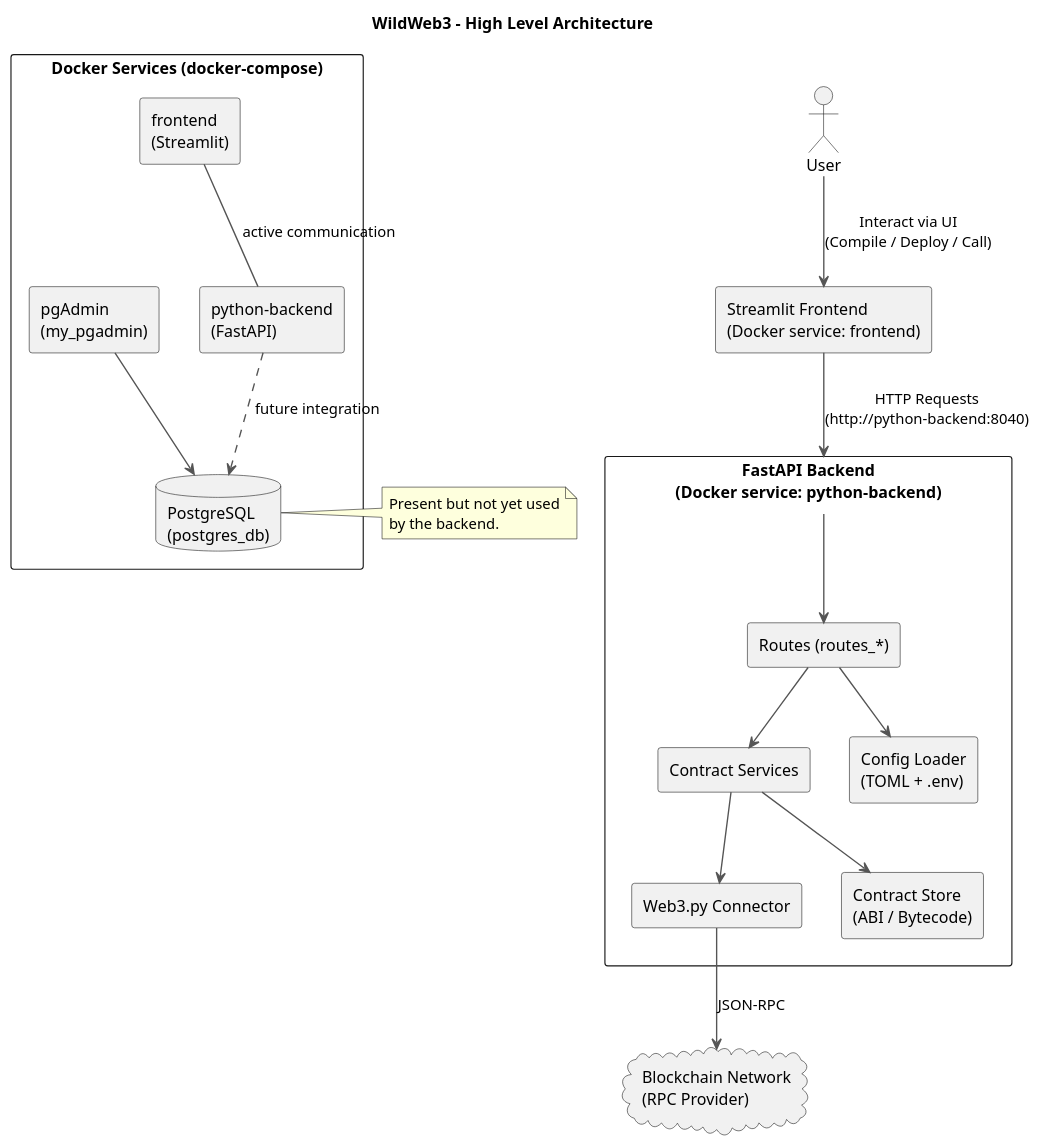
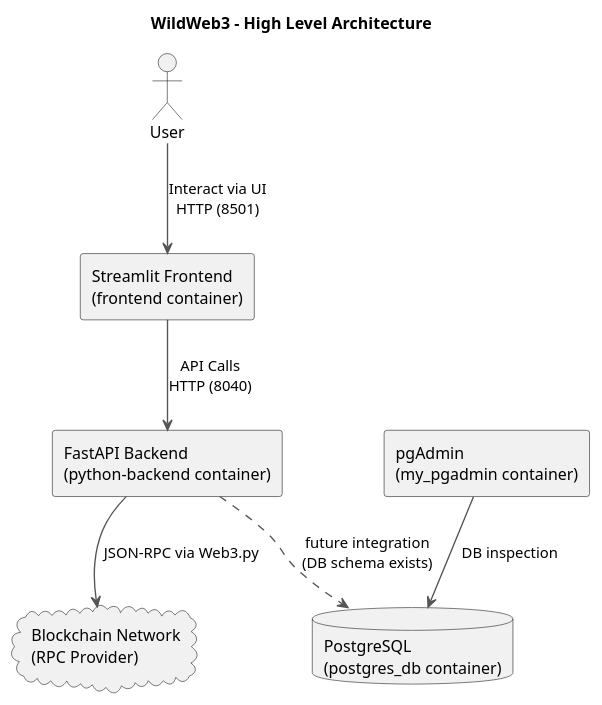
One commit to wildjos/wildweb3 changed the diagram in docs/architecture.puml. Above: the diagram before and after it, drawn with PlantUML. The commit also changed 5 other files, not shown here.

```diff
--- a/docs/architecture.puml
+++ b/docs/architecture.puml
@@ -1,58 +1,27 @@
 @startuml
 skinparam rectangleStyle rounded
 skinparam shadowing false
 skinparam ArrowColor #555
 skinparam ArrowThickness 1.2
 skinparam PackageStyle rectangle
 skinparam defaultFontName monospace
 
 title WildWeb3 - High Level Architecture
 
 actor User
 
-' --- Blockchain Node (single definition) ---
+rectangle "Streamlit Frontend\n(frontend container)" as FE
+rectangle "FastAPI Backend\n(python-backend container)" as BE
 cloud "Blockchain Network\n(RPC Provider)" as RPC
 
+database "PostgreSQL\n(postgres_db container)" as PG
+rectangle "pgAdmin\n(my_pgadmin container)" as PGADMIN
 
-' --- Frontend ---
-rectangle "Streamlit Frontend\n(Docker service: frontend)" as FE {
-  User --> FE : Interact via UI\n(Compile / Deploy / Call)
-}
+User --> FE : Interact via UI\nHTTP (8501)
+FE --> BE : API Calls\nHTTP (8040)
+BE --> RPC : JSON-RPC via Web3.py
 
-' --- Backend ---
-package "FastAPI Backend\n(Docker service: python-backend)" as BE {
-
-  rectangle "Routes (routes_*)" as ROUTES
-  rectangle "Contract Services" as SERVICES
-  rectangle "Web3.py Connector" as WEB3
-  rectangle "Contract Store\n(ABI / Bytecode)" as STORE
-  rectangle "Config Loader\n(TOML + .env)" as CONFIG
-
-  FE --> BE : HTTP Requests\n(http://python-backend:8040)
-  BE --> ROUTES
-  ROUTES --> SERVICES
-  SERVICES --> WEB3
-  SERVICES --> STORE
-  ROUTES --> CONFIG
-  WEB3 --> RPC : JSON-RPC
-}
-
-' --- Docker Services ---
-package "Docker Services (docker-compose)" as DOCKER {
-
-  rectangle "frontend\n(Streamlit)" as D_FE
-  rectangle "python-backend\n(FastAPI)" as D_BE
-  database "PostgreSQL\n(postgres_db)" as PG
-  rectangle "pgAdmin\n(my_pgadmin)" as PGADMIN
-
-  D_FE -- D_BE : active communication
-  D_BE ..> PG : future integration
-  PGADMIN --> PG
-}
-
-note right of PG
-  Present but not yet used
-  by the backend.
-end note
+BE ..> PG : future integration\n(DB schema exists)
+PGADMIN --> PG : DB inspection
 
 @enduml
```
